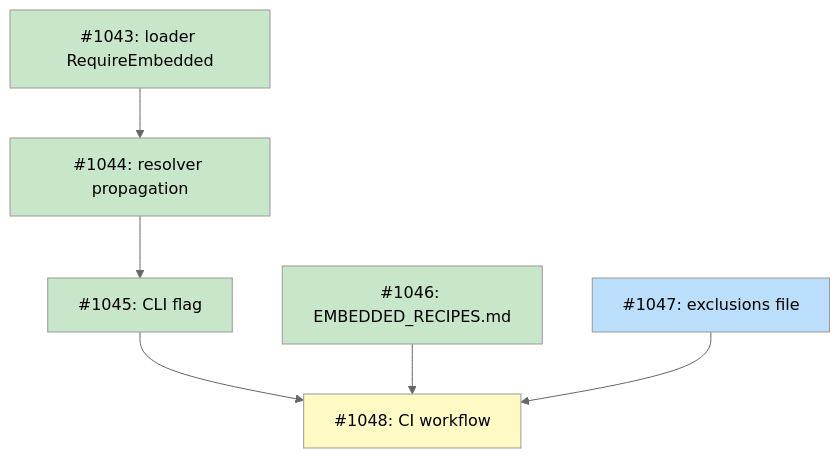
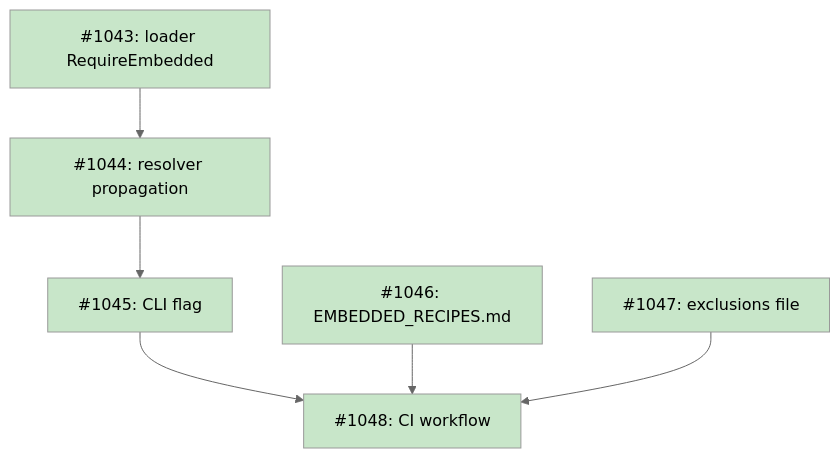
Before and after one commit to tsukumogami/tsuku: the diagram in docs/designs/DESIGN-embedded-recipe-list.md, drawn with Mermaid (neutral theme). The commit also changed 2 other files, not shown here.

Commit message:
chore: add embedded validation exclusions file and CI workflow (#1064)
Add infrastructure for validating embedded action dependencies:

1. **Exclusions file** (`embedded-validation-exclusions.json`): Tracks
recipes
temporarily excluded from validation during migration. Each entry
contains
   recipe name, reason, and tracking issue.

2. **CI workflow** (`.github/workflows/validate-embedded-deps.yml`):
Validates
   that action dependencies can resolve from the embedded registry using
`--require-embedded`. Tests representative recipes for each action type.

````diff
--- a/docs/designs/DESIGN-embedded-recipe-list.md
+++ b/docs/designs/DESIGN-embedded-recipe-list.md
@@ -25,23 +25,21 @@
 ```mermaid
 graph TD
     1043["#1043: loader RequireEmbedded"]
     1044["#1044: resolver propagation"]
     1045["#1045: CLI flag"]
     1046["#1046: EMBEDDED_RECIPES.md"]
     1047["#1047: exclusions file"]
     1048["#1048: CI workflow"]
 
     1043 --> 1044
     1044 --> 1045
     1045 --> 1048
     1046 --> 1048
     1047 --> 1048
 
     classDef done fill:#c8e6c9
     classDef ready fill:#bbdefb
     classDef blocked fill:#fff9c4
 
-    class 1043,1044,1045,1046 done
-    class 1047 ready
-    class 1048 blocked
+    class 1043,1044,1045,1046,1047,1048 done
 ```
````
